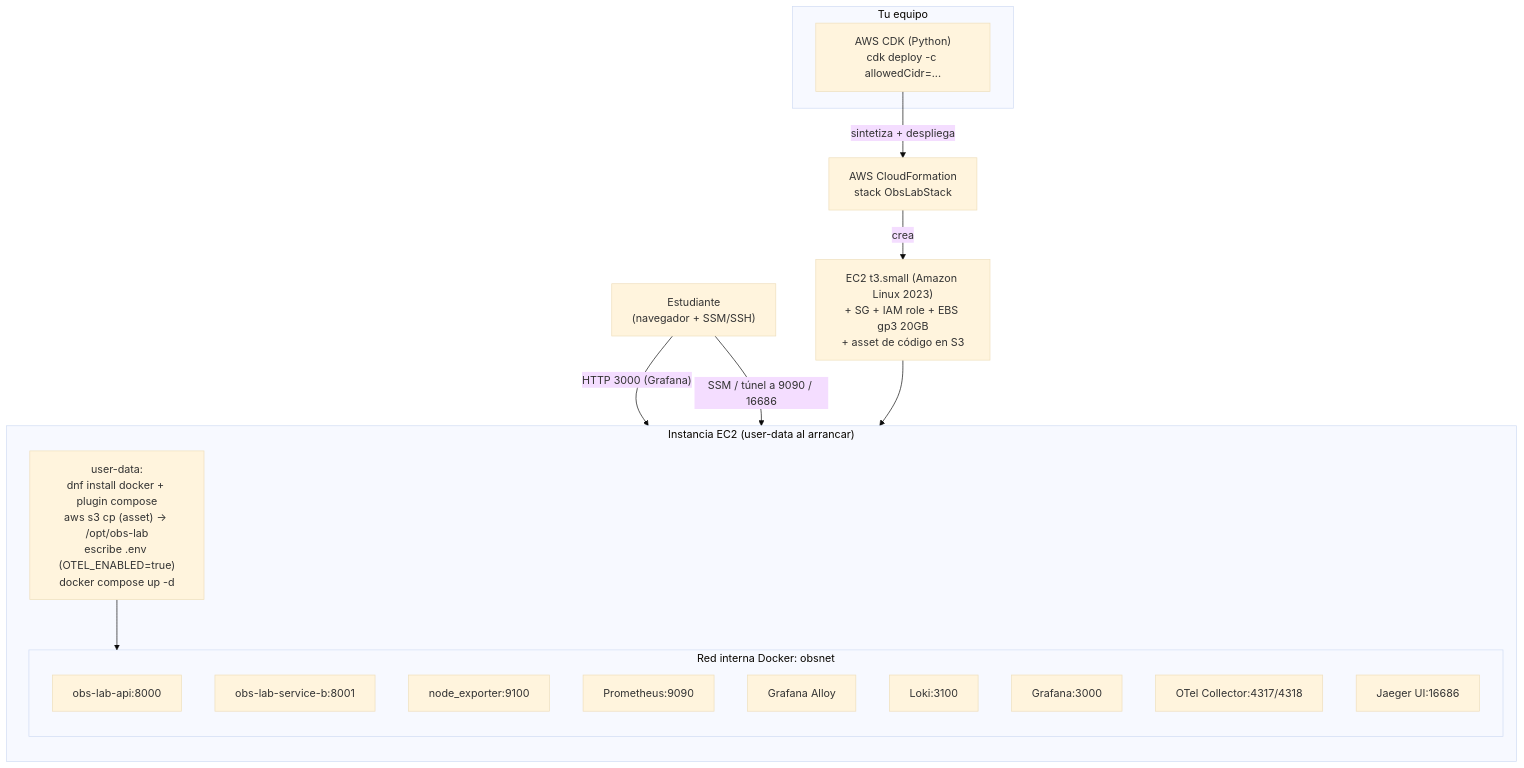
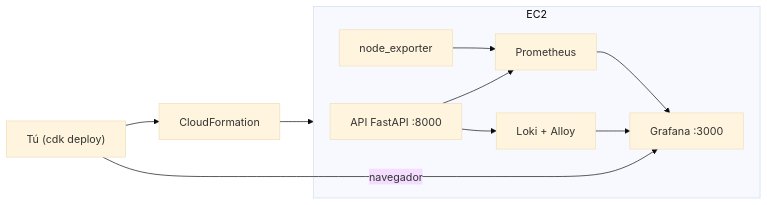
The diagram in 01-metricas-y-logs.md (AWS-Cloud-Club-at-Universidad-del-Valle/challenge-sre), drawn with Mermaid (base theme) before and after one commit. The commit also changed other lines of this file and 14 other files, not shown here.

Commit message:
docs: simplificar tutoriales (CDK, Grafana, dashboards, Jaeger) y limpiar artefactos del workflow

````diff
--- a/01-metricas-y-logs.md
+++ b/01-metricas-y-logs.md
@@ -78,30 +15,18 @@
 ```mermaid
-flowchart TB
-  subgraph LOCAL["Tu equipo"]
-    CDK["AWS CDK (Python)\ncdk deploy -c allowedCidr=..."]
-  end
-
-  CDK -- "sintetiza + despliega" --> CFN["AWS CloudFormation\nstack ObsLabStack"]
-  CFN -- "crea" --> EC2DEF["EC2 t3.small (Amazon Linux 2023)\n+ SG + IAM role + EBS gp3 20GB\n+ asset de código en S3"]
-
-  subgraph EC2["Instancia EC2 (user-data al arrancar)"]
-    direction TB
-    UD["user-data:\ndnf install docker + plugin compose\naws s3 cp (asset) -> /opt/obs-lab\nescribe .env (OTEL_ENABLED=true)\ndocker compose up -d"]
-    subgraph obsnet["Red interna Docker: obsnet"]
-      API["obs-lab-api:8000"]
-      SB["obs-lab-service-b:8001"]
-      NE["node_exporter:9100"]
-      PROM["Prometheus:9090"]
-      ALLOY["Grafana Alloy"]
-      LOKI["Loki:3100"]
-      GRAF["Grafana:3000"]
-      COL["OTel Collector:4317/4318"]
-      JAEG["Jaeger UI:16686"]
+flowchart LR
+    DEV["Tú (cdk deploy)"] --> CFN["CloudFormation"]
+    CFN --> EC2["EC2 t3.small (Amazon Linux 2023)"]
+    subgraph EC2
+      API["API FastAPI :8000"]
+      NODE["node_exporter"]
+      PROM["Prometheus"]
+      LOKI["Loki + Alloy"]
+      GRAF["Grafana :3000"]
     end
-    UD --> obsnet
-  end
-
-  EC2DEF --> EC2
-  DEV["Estudiante\n(navegador + SSM/SSH)"] -- "HTTP 3000 (Grafana)" --> GRAF
-  DEV -- "SSM / túnel a 9090 / 16686" --> PROM
+    NODE --> PROM
+    API --> PROM
+    API --> LOKI
+    PROM --> GRAF
+    LOKI --> GRAF
+    DEV -- "navegador" --> GRAF
 ```
````
